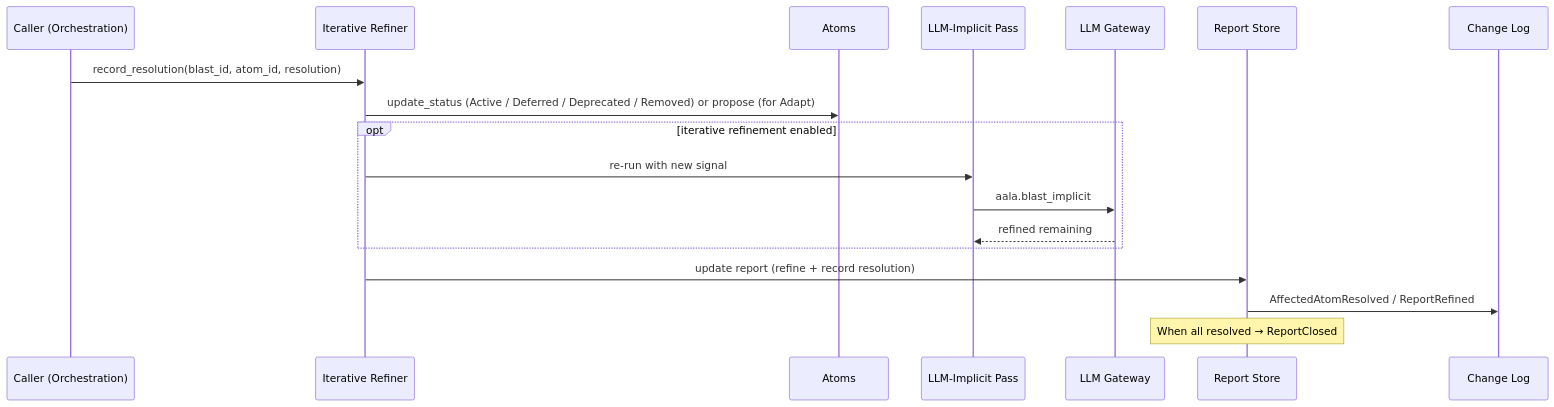
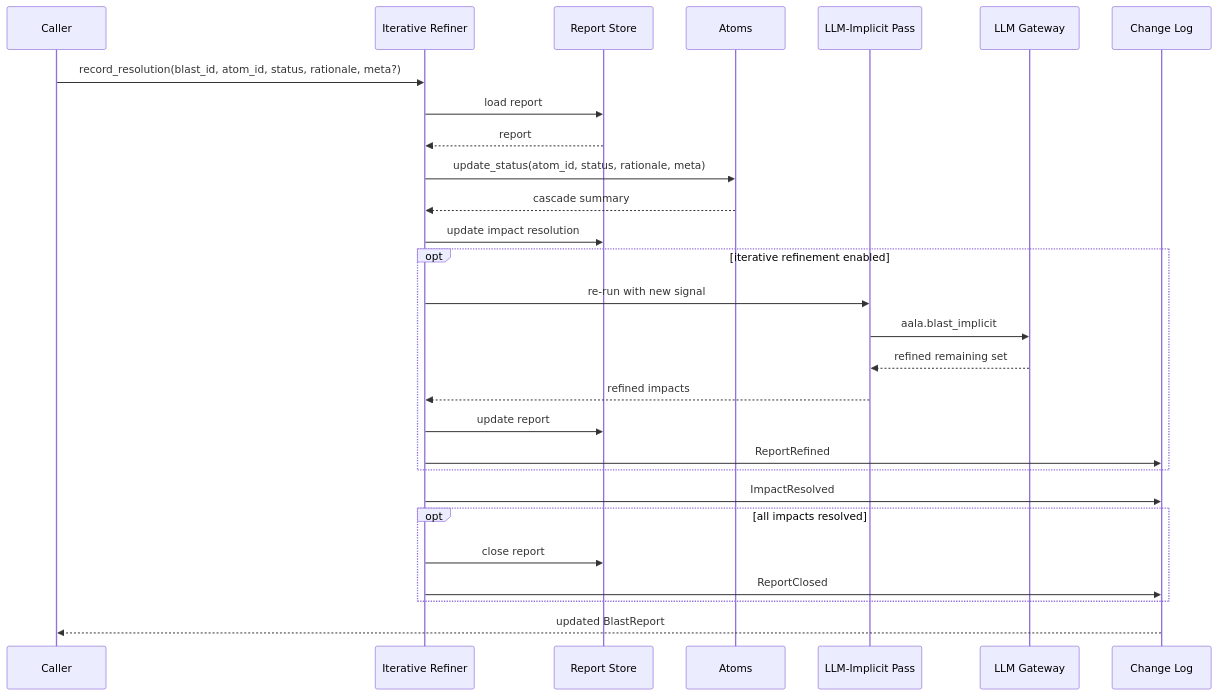
The second of 2 diagrams in docs/L3/07-blast-radius.md (Gubbi/aala), drawn with Mermaid before and after one commit. The commit also changed other lines of this file and 68 other files, not shown here.

````diff
--- a/docs/L3/07-blast-radius.md
+++ b/docs/L3/07-blast-radius.md
@@ -66,21 +55,31 @@
 ```mermaid
 sequenceDiagram
-    participant Caller as Caller (Orchestration)
+    participant Caller
     participant Refiner as Iterative Refiner
-    participant Atoms
-    participant Implicit as LLM-Implicit Pass
+    participant Store as Report Store
+    participant Atoms as Atoms
+    participant Imp as LLM-Implicit Pass
     participant LLM as LLM Gateway
-    participant Store as Report Store
     participant Log as Change Log
 
-    Caller->>Refiner: record_resolution(blast_id, atom_id, resolution)
-    Refiner->>Atoms: update_status (Active / Deferred / Deprecated / Removed) or propose (for Adapt)
+    Caller->>Refiner: record_resolution(blast_id, atom_id, status, rationale, meta?)
+    Refiner->>Store: load report
+    Store-->>Refiner: report
+    Refiner->>Atoms: update_status(atom_id, status, rationale, meta)
+    Atoms-->>Refiner: cascade summary
+    Refiner->>Store: update impact resolution
     opt iterative refinement enabled
-        Refiner->>Implicit: re-run with new signal
-        Implicit->>LLM: aala.blast_implicit
-        LLM-->>Implicit: refined remaining
+        Refiner->>Imp: re-run with new signal
+        Imp->>LLM: aala.blast_implicit
+        LLM-->>Imp: refined remaining set
+        Imp-->>Refiner: refined impacts
+        Refiner->>Store: update report
+        Refiner->>Log: ReportRefined
     end
-    Refiner->>Store: update report (refine + record resolution)
-    Store->>Log: AffectedAtomResolved / ReportRefined
-    Note over Store: When all resolved → ReportClosed
+    Refiner->>Log: ImpactResolved
+    opt all impacts resolved
+        Refiner->>Store: close report
+        Refiner->>Log: ReportClosed
+    end
+    Log-->>Caller: updated BlastReport
 ```
````
